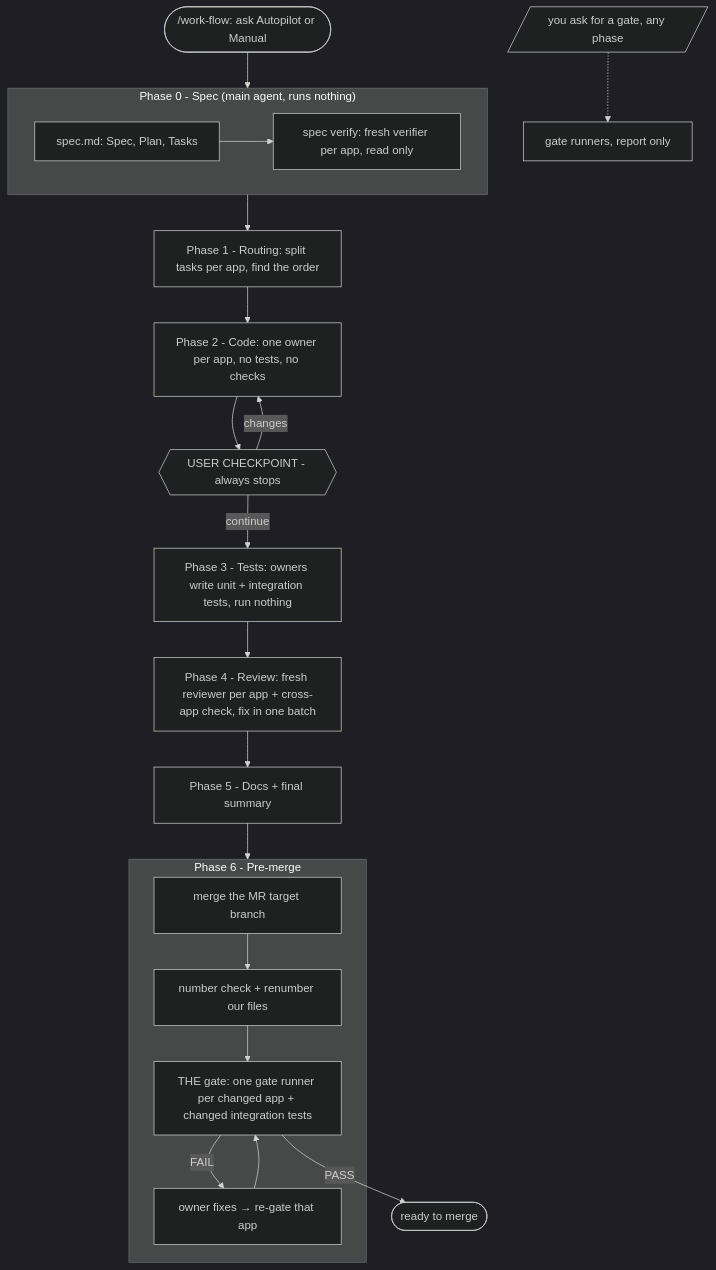
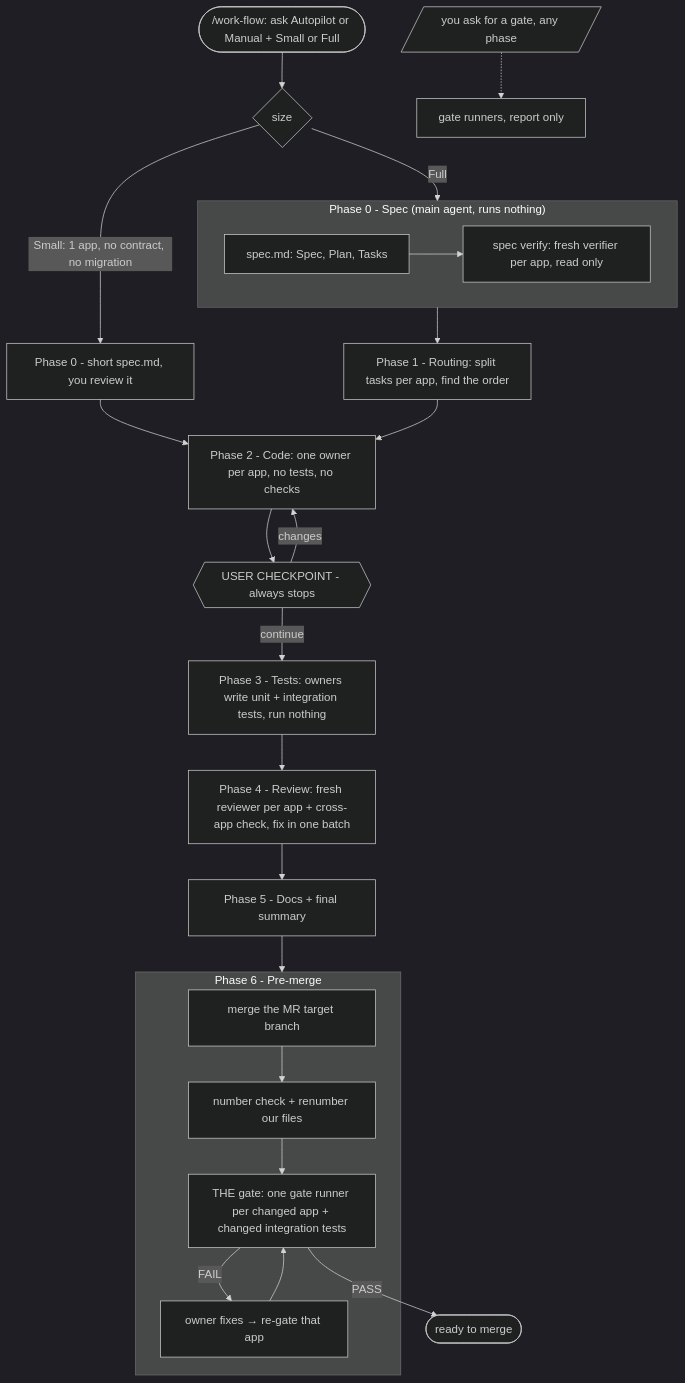
Before and after one commit to naphatwx/naphatwx-tools: the diagram in plugins/naphatwx-tools/skills/work-flow/README.md, drawn with Mermaid (dark theme). The commit also changed other lines of this file and 11 other files, not shown here.

````diff
--- a/plugins/naphatwx-tools/skills/work-flow/README.md
+++ b/plugins/naphatwx-tools/skills/work-flow/README.md
@@ -21,27 +21,31 @@
 ```mermaid
 flowchart TD
-    START([/work-flow: ask Autopilot or Manual]) --> P0
+    START([/work-flow: ask Autopilot or Manual + Small or Full]) --> SZ{size}
 
+    SZ -->|Small: 1 app, no contract, no migration| S0[Phase 0 - short spec.md, you review it]
+    S0 --> P2
+
+    SZ -->|Full| P0
     subgraph P0["Phase 0 - Spec (main agent, runs nothing)"]
         LS[spec.md: Spec, Plan, Tasks] --> VER[spec verify: fresh verifier per app, read only]
     end
 
     P0 --> P1[Phase 1 - Routing: split tasks per app, find the order]
     P1 --> P2[Phase 2 - Code: one owner per app, no tests, no checks]
     P2 --> CP{{USER CHECKPOINT - always stops}}
     CP -->|changes| P2
     CP -->|continue| P3[Phase 3 - Tests: owners write unit + integration tests, run nothing]
     P3 --> P4[Phase 4 - Review: fresh reviewer per app + cross-app check, fix in one batch]
     P4 --> P5[Phase 5 - Docs + final summary]
     P5 --> P6
 
     subgraph P6["Phase 6 - Pre-merge"]
         M[merge the MR target branch] --> N[number check + renumber our files]
         N --> G[THE gate: one gate runner per changed app + changed integration tests]
         G -->|FAIL| F[owner fixes → re-gate that app]
         F --> G
     end
 
     G -->|PASS| DONE([ready to merge])
     ASK[/you ask for a gate, any phase/] -.-> ON[gate runners, report only]
 ```
````
